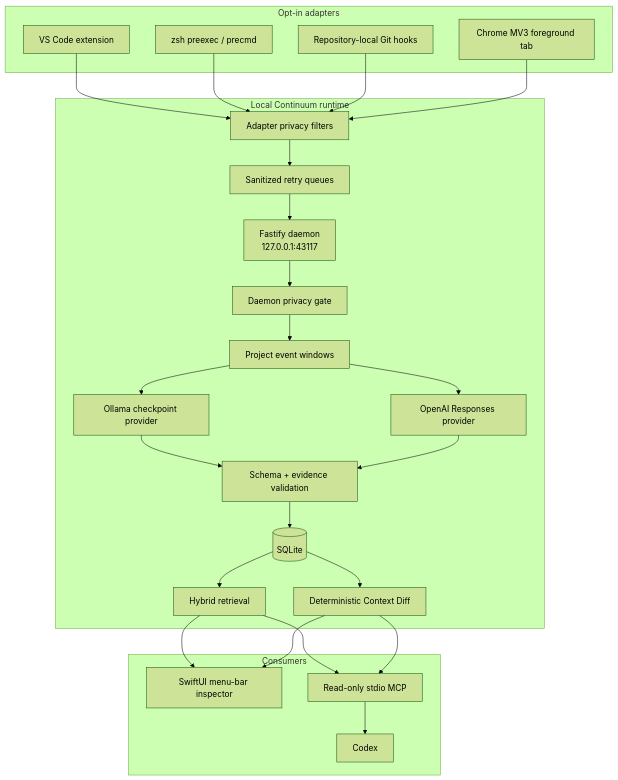
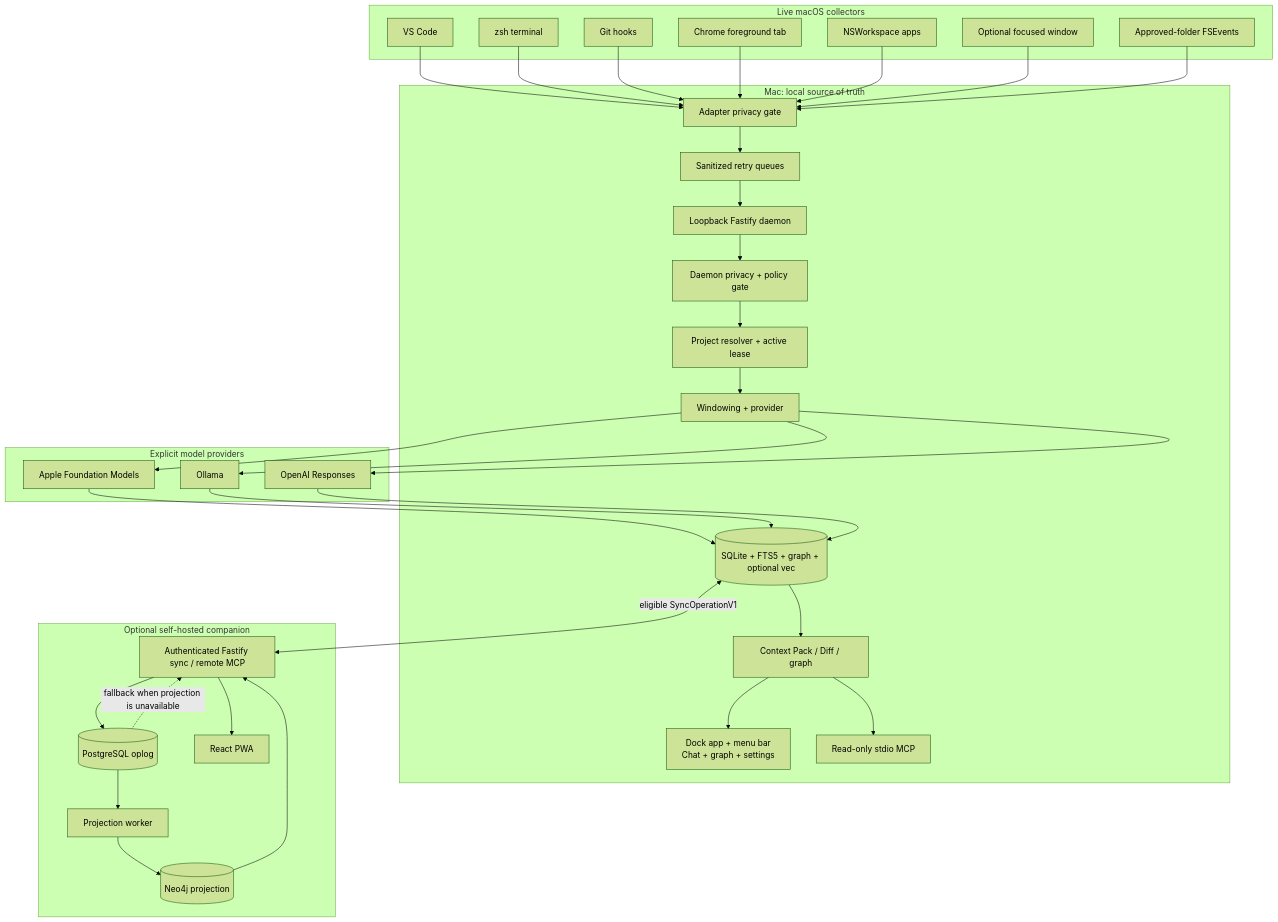
One commit to NishithP2004/Continuum changed the diagram in docs/ARCHITECTURE.md. Above: the diagram before and after it, drawn with Mermaid (forest theme). The commit also changed other lines of this file and 224 other files, not shown here.

Commit message:
feat: launch Continuum Live platform across cloud, web, and native apps

````diff
--- a/docs/ARCHITECTURE.md
+++ b/docs/ARCHITECTURE.md
@@ -7,44 +15,49 @@
 ```mermaid
 flowchart TB
-    subgraph Adapters["Opt-in adapters"]
-        V["VS Code extension"]
-        Z["zsh preexec / precmd"]
-        G["Repository-local Git hooks"]
-        C["Chrome MV3 foreground tab"]
+    subgraph Collectors["Live macOS collectors"]
+        V["VS Code"]
+        T["zsh terminal"]
+        G["Git hooks"]
+        C["Chrome foreground tab"]
+        A["NSWorkspace apps"]
+        W["Optional focused window"]
+        F["Approved-folder FSEvents"]
     end
 
-    subgraph Local["Local Continuum runtime"]
-        P["Adapter privacy filters"]
+    subgraph Local["Mac: local source of truth"]
+        P["Adapter privacy gate"]
         Q["Sanitized retry queues"]
-        D["Fastify daemon\n127.0.0.1:43117"]
-        DP["Daemon privacy gate"]
-        W["Project event windows"]
-        O["Ollama checkpoint provider"]
-        AI["OpenAI Responses provider"]
-        EV["Schema + evidence validation"]
-        DB[("SQLite")]
-        R["Hybrid retrieval"]
-        DF["Deterministic Context Diff"]
+        D["Loopback Fastify daemon"]
+        P2["Daemon privacy + policy gate"]
+        L["Project resolver + active lease"]
+        E["Windowing + provider"]
+        DB[("SQLite + FTS5 + graph + optional vec")]
+        R["Context Pack / Diff / graph"]
+        UI["Dock app + menu bar\nChat + graph + settings"]
+        M["Read-only stdio MCP"]
     end
 
-    subgraph Consumers["Consumers"]
-        UI["SwiftUI menu-bar inspector"]
-        MCP["Read-only stdio MCP"]
-        CODEX["Codex"]
+    subgraph Providers["Explicit model providers"]
+        AF["Apple Foundation Models"]
+        OL["Ollama"]
+        OA["OpenAI Responses"]
     end
 
-    V --> P
-    Z --> P
-    G --> P
-    C --> P
-    P --> Q --> D --> DP --> W
-    W --> O --> EV
-    W --> AI --> EV
-    EV --> DB
-    DB --> R
-    DB --> DF
-    R --> UI
-    DF --> UI
-    R --> MCP --> CODEX
-    DF --> MCP
+    subgraph Remote["Optional self-hosted companion"]
+        S["Authenticated Fastify sync / remote MCP"]
+        PG[("PostgreSQL oplog")]
+        X["Projection worker"]
+        N[("Neo4j projection")]
+        PWA["React PWA"]
+    end
+
+    V & T & G & C & A & W & F --> P --> Q --> D --> P2 --> L --> E
+    E --> AF & OL & OA
+    AF & OL & OA --> DB
+    DB --> R --> UI
+    R --> M
+    DB <-->|"eligible SyncOperationV1"| S --> PG --> X --> N
+    S --> PWA
+    N --> S
+    PG -. "fallback when projection is unavailable" .-> S
 ```
````
